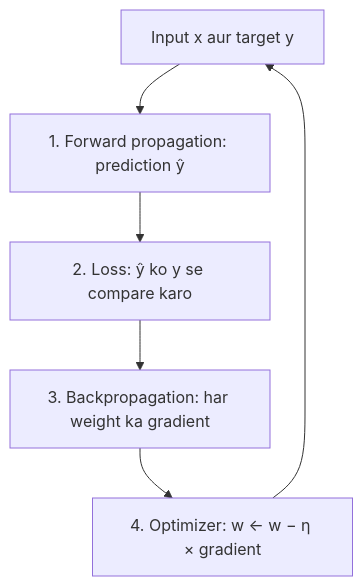
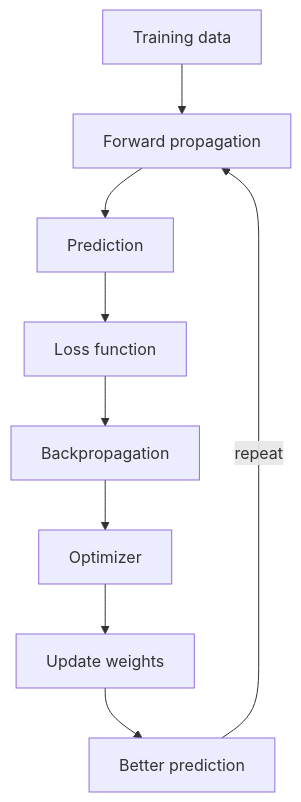
The diagram in content/deep-learning/pyq/2025-05/q6b.hi.mdx (TrendySloth1001/sem-seven-notes), drawn with Mermaid before and after one commit. The commit also changed other lines of this file and 254 other files, not shown here.

Commit message:
Rewrite the backpropagation, gradient descent, regularization and autoencoder notes and their 29 answers from the teachers' class files. They use 185 teacher figures with class-notes citations only, and correct the AdaGrad, RMSProp, Nesterov and batch-norm numbers on the slides.

````diff
--- a/content/deep-learning/pyq/2025-05/q6b.hi.mdx
+++ b/content/deep-learning/pyq/2025-05/q6b.hi.mdx
@@ -9,9 +7,12 @@
 ```mermaid
-%% caption: Training loop. Forward pass aur loss aage jaate hain, backpropagation peeche jaata hai, aur optimizer agle batch se pehle weights badalta hai.
+%% caption: Neural network ka learning loop, jaise teacher draw karte hain.
 flowchart TD
-  A["Input x aur target y"] --> B["1. Forward propagation: prediction ŷ"]
-  B --> C["2. Loss: ŷ ko y se compare karo"]
-  C --> D["3. Backpropagation: har weight ka gradient"]
-  D --> E["4. Optimizer: w ← w − η × gradient"]
-  E --> A
+  A["Training data"] --> B["Forward propagation"]
+  B --> C["Prediction"]
+  C --> D["Loss function"]
+  D --> E["Backpropagation"]
+  E --> F["Optimizer"]
+  F --> G["Update weights"]
+  G --> H["Better prediction"]
+  H -->|"repeat"| B
 ```
````
